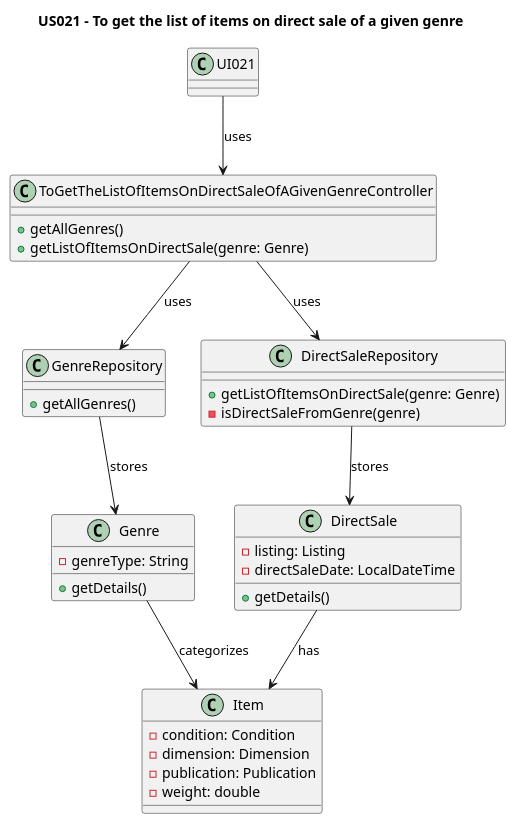
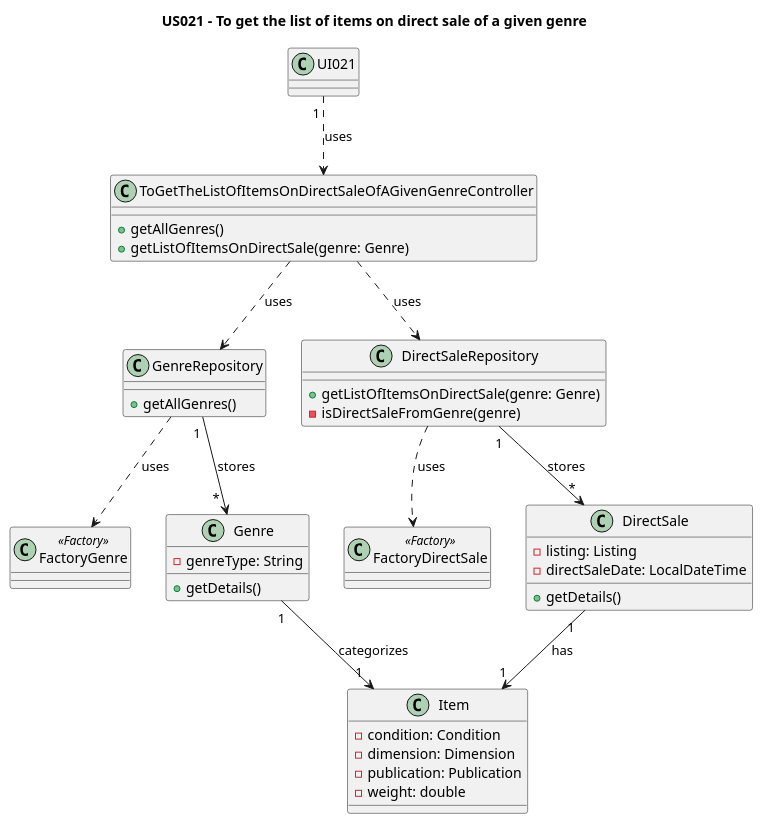
The diagram in Diagrams/ClassDiagrams/US021-to-get-the-list-of-items-on-direct-sale-of-a-given-genre.puml (AndrePereiraGitH/SWitCH-Project-Team_A), drawn with PlantUML before and after one commit. The commit also changed 1 other file, not shown here.

```diff
--- a/Diagrams/ClassDiagrams/US021-to-get-the-list-of-items-on-direct-sale-of-a-given-genre.puml
+++ b/Diagrams/ClassDiagrams/US021-to-get-the-list-of-items-on-direct-sale-of-a-given-genre.puml
@@ -1,48 +1,60 @@
 @startuml
 title US021 - To get the list of items on direct sale of a given genre
 
 class UI021 {
 
 }
 
 class ToGetTheListOfItemsOnDirectSaleOfAGivenGenreController {
   +getAllGenres()
   +getListOfItemsOnDirectSale(genre: Genre)
 }
 
 class GenreRepository {
   +getAllGenres()
 }
+
+class FactoryGenre  <<Factory>> {
+}
+
+class FactoryDirectSale <<Factory>> {
+}
+
 
 class Genre {
     -genreType: String
     +getDetails()
 }
 
 class DirectSaleRepository {
   +getListOfItemsOnDirectSale(genre: Genre)
   -isDirectSaleFromGenre(genre)
 }
 
 class DirectSale {
   - listing: Listing
   - directSaleDate: LocalDateTime
   +getDetails()
 }
 
 class Item{
 -condition: Condition
 -dimension: Dimension
 -publication: Publication
 -weight: double
 }
 
 ' Interactions
-UI021 --> ToGetTheListOfItemsOnDirectSaleOfAGivenGenreController : uses
-ToGetTheListOfItemsOnDirectSaleOfAGivenGenreController --> DirectSaleRepository : uses
-ToGetTheListOfItemsOnDirectSaleOfAGivenGenreController --> GenreRepository : uses
-GenreRepository --> Genre : stores
-DirectSaleRepository --> DirectSale : stores
-Genre --> Item : categorizes
-DirectSale --> Item : has
+UI021 "1 " ..>  ToGetTheListOfItemsOnDirectSaleOfAGivenGenreController : uses
+ToGetTheListOfItemsOnDirectSaleOfAGivenGenreController  ..> DirectSaleRepository : uses
+ToGetTheListOfItemsOnDirectSaleOfAGivenGenreController  ..> GenreRepository : uses
+
+GenreRepository ..>  FactoryGenre : uses
+GenreRepository "1 " --> "                   *" Genre : stores
+
+DirectSaleRepository ..> FactoryDirectSale : uses
+
+DirectSaleRepository "1 " --> "*" DirectSale : stores
+Genre "1 " --> "1 " Item : categorizes
+DirectSale "1 " -->  "1 " Item : has
 @enduml
```
